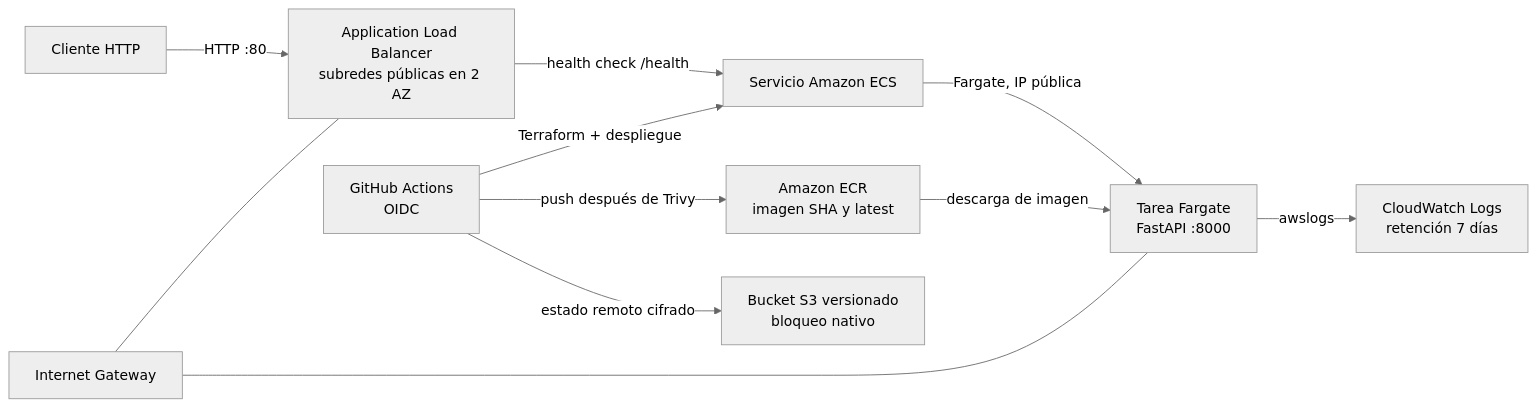
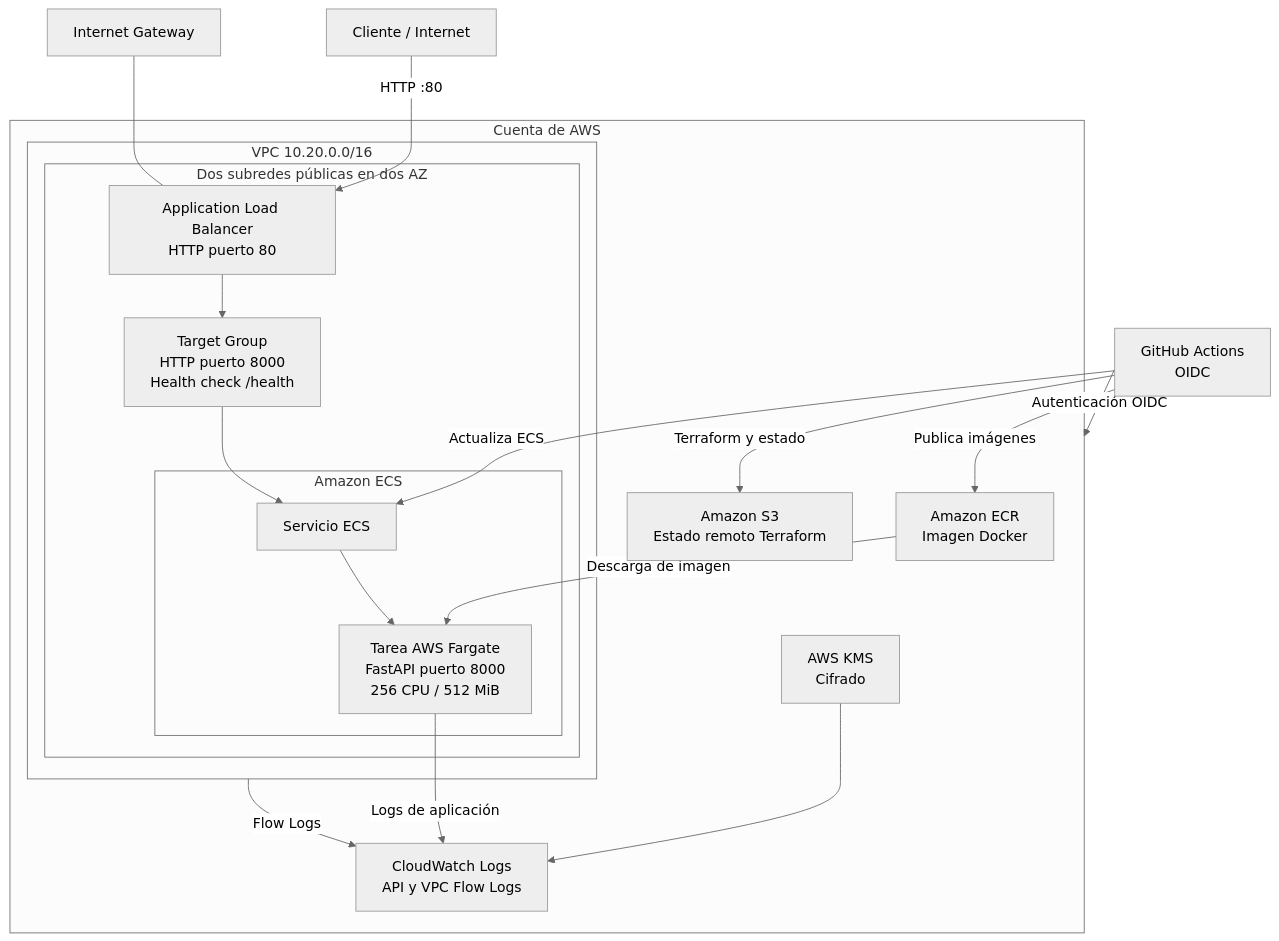
One commit to ISCOUTB/API-contenerizada-en-AWS-ECS-Fargate changed the diagram in docs/arquitectura.md. Above: the diagram before and after it, drawn with Mermaid (neutral theme). The commit also changed other lines of this file and 7 other files, not shown here.

````diff
--- a/docs/arquitectura.md
+++ b/docs/arquitectura.md
@@ -3,13 +14,39 @@
 ```mermaid
-flowchart LR
-    Usuario["Cliente HTTP"] -->|HTTP :80| ALB["Application Load Balancer<br/>subredes públicas en 2 AZ"]
-    ALB -->|health check /health| ECS["Servicio Amazon ECS"]
-    ECS -->|Fargate, IP pública| Task["Tarea Fargate<br/>FastAPI :8000"]
-    Task -->|awslogs| Logs["CloudWatch Logs<br/>retención 7 días"]
-    ECR["Amazon ECR<br/>imagen SHA y latest"] -->|descarga de imagen| Task
-    Internet["Internet Gateway"] --- ALB
-    Internet --- Task
-    GitHub["GitHub Actions<br/>OIDC"] -->|Terraform + despliegue| ECS
-    GitHub -->|push después de Trivy| ECR
-    GitHub -->|estado remoto cifrado| State["Bucket S3 versionado<br/>bloqueo nativo"]
+flowchart TB
+    Usuario["Cliente / Internet"]
+    IGW["Internet Gateway"]
+
+    subgraph AWS["Cuenta de AWS"]
+        subgraph VPC["VPC 10.20.0.0/16"]
+            subgraph Publicas["Dos subredes públicas en dos AZ"]
+                ALB["Application Load Balancer<br/>HTTP puerto 80"]
+                TG["Target Group<br/>HTTP puerto 8000<br/>Health check /health"]
+                subgraph ECS["Amazon ECS"]
+                    Servicio["Servicio ECS"]
+                    Task["Tarea AWS Fargate<br/>FastAPI puerto 8000<br/>256 CPU / 512 MiB"]
+                end
+            end
+        end
+
+        ECR["Amazon ECR<br/>Imagen Docker"]
+        CW["CloudWatch Logs<br/>API y VPC Flow Logs"]
+        S3["Amazon S3<br/>Estado remoto Terraform"]
+        KMS["AWS KMS<br/>Cifrado"]
+    end
+
+    GH["GitHub Actions<br/>OIDC"]
+
+    Usuario -->|"HTTP :80"| ALB
+    IGW --- ALB
+    ALB --> TG
+    TG --> Servicio
+    Servicio --> Task
+    ECR -->|"Descarga de imagen"| Task
+    Task -->|"Logs de aplicación"| CW
+    VPC -->|"Flow Logs"| CW
+    KMS --> CW
+    GH -->|"Publica imágenes"| ECR
+    GH -->|"Actualiza ECS"| Servicio
+    GH -->|"Terraform y estado"| S3
+    GH -->|"Autenticación OIDC"| AWS
 ```
````
